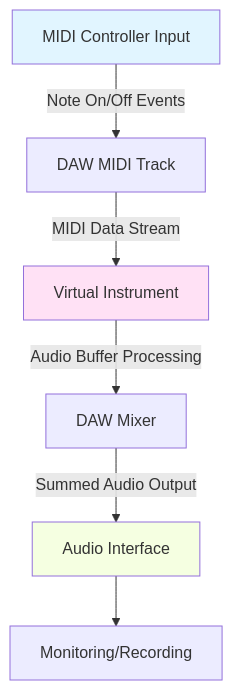
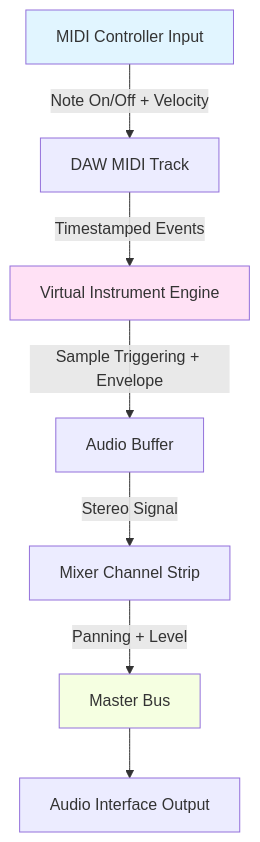
One commit to blebleblee/synapse changed the first of 4 diagrams in topics/arts/composition/songwriting/labs.md. Above: the diagram before and after it, drawn with Mermaid. The commit also changed other lines of this file and 4 other files, not shown here.

````diff
--- a/topics/arts/composition/songwriting/labs.md
+++ b/topics/arts/composition/songwriting/labs.md
@@ -59,12 +59,13 @@
 ```mermaid
 graph TD
-    A["MIDI Controller Input"] -->|"Note On/Off Events"| B["DAW MIDI Track"]
-    B -->|"MIDI Data Stream"| C["Virtual Instrument"]
-    C -->|"Audio Buffer Processing"| D["DAW Mixer"]
-    D -->|"Summed Audio Output"| E["Audio Interface"]
-    E --> F["Monitoring/Recording"]
+    A["MIDI Controller Input"] -->|"Note On/Off + Velocity"| B["DAW MIDI Track"]
+    B -->|"Timestamped Events"| C["Virtual Instrument Engine"]
+    C -->|"Sample Triggering + Envelope"| D["Audio Buffer"]
+    D -->|"Stereo Signal"| E["Mixer Channel Strip"]
+    E -->|"Panning + Level"| F["Master Bus"]
+    F --> G["Audio Interface Output"]
     
     style A fill:#e1f5ff
     style C fill:#ffe1f5
-    style E fill:#f5ffe1
+    style F fill:#f5ffe1
 ```
````
